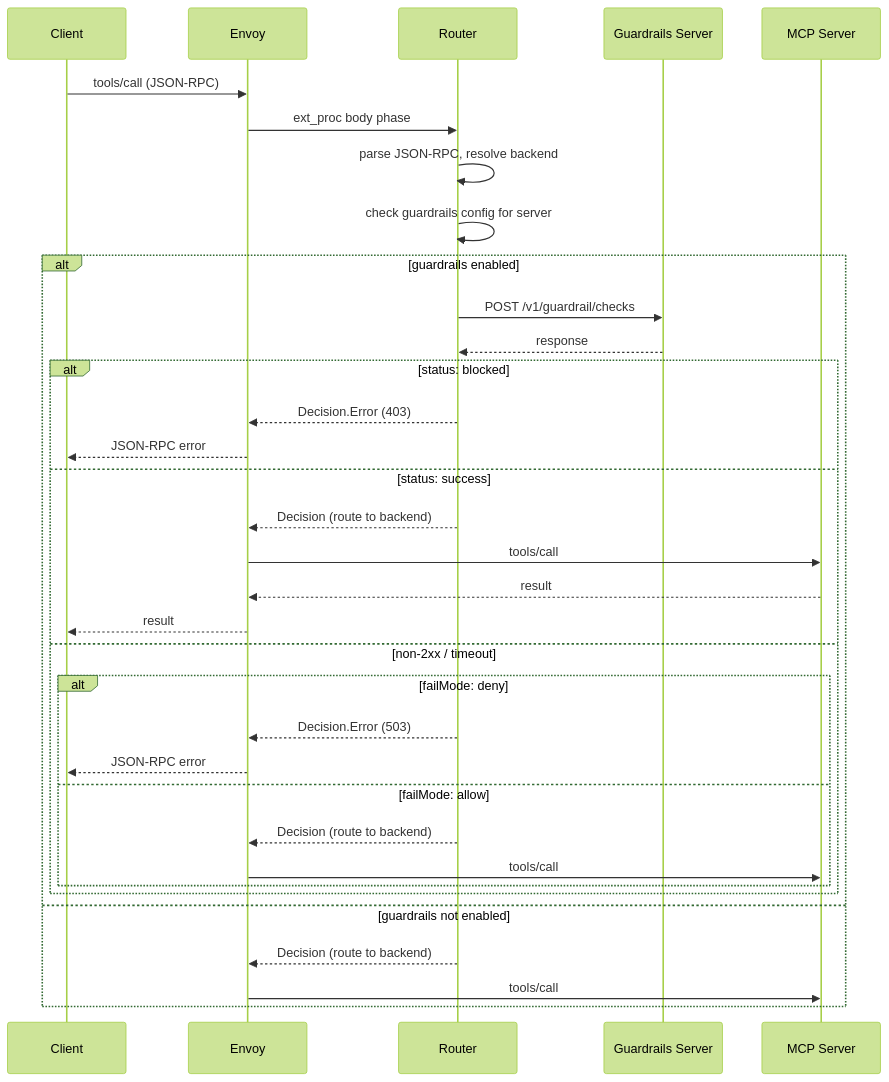
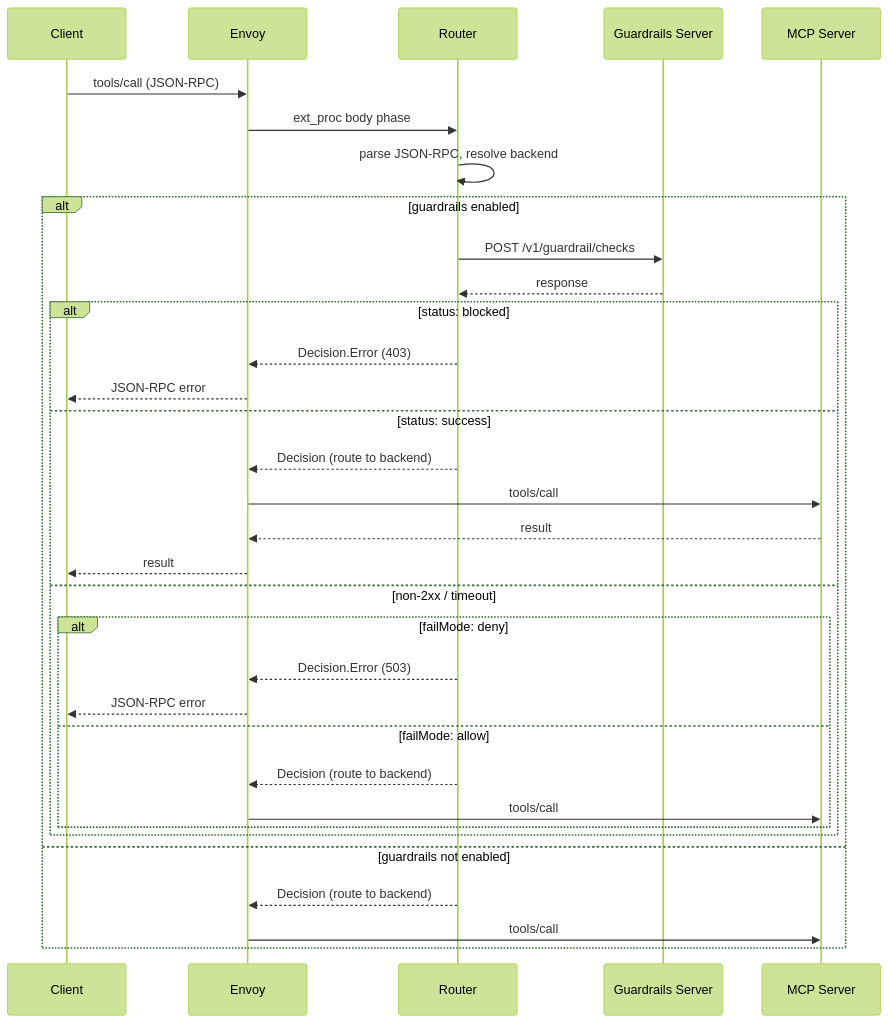
One commit to Kuadrant/mcp-gateway changed the first of 2 diagrams in docs/design/guardrails/guardrails-design.md. Above: the diagram before and after it, drawn with Mermaid (forest theme). The commit also changed other lines of this file and 1 other file, not shown here.

````diff
--- a/docs/design/guardrails/guardrails-design.md
+++ b/docs/design/guardrails/guardrails-design.md
@@ -194,39 +175,38 @@
 ```mermaid
 sequenceDiagram
     participant Client
     participant Envoy
     participant Router
     participant Guardrails as Guardrails Server
     participant Backend as MCP Server
 
     Client->>Envoy: tools/call (JSON-RPC)
     Envoy->>Router: ext_proc body phase
     Router->>Router: parse JSON-RPC, resolve backend
-    Router->>Router: check guardrails config for server
 
     alt guardrails enabled
         Router->>Guardrails: POST /v1/guardrail/checks
         Guardrails-->>Router: response
 
         alt status: blocked
             Router-->>Envoy: Decision.Error (403)
             Envoy-->>Client: JSON-RPC error
         else status: success
             Router-->>Envoy: Decision (route to backend)
             Envoy->>Backend: tools/call
             Backend-->>Envoy: result
             Envoy-->>Client: result
         else non-2xx / timeout
             alt failMode: deny
                 Router-->>Envoy: Decision.Error (503)
                 Envoy-->>Client: JSON-RPC error
             else failMode: allow
                 Router-->>Envoy: Decision (route to backend)
                 Envoy->>Backend: tools/call
             end
         end
     else guardrails not enabled
         Router-->>Envoy: Decision (route to backend)
         Envoy->>Backend: tools/call
     end
 ```
````
